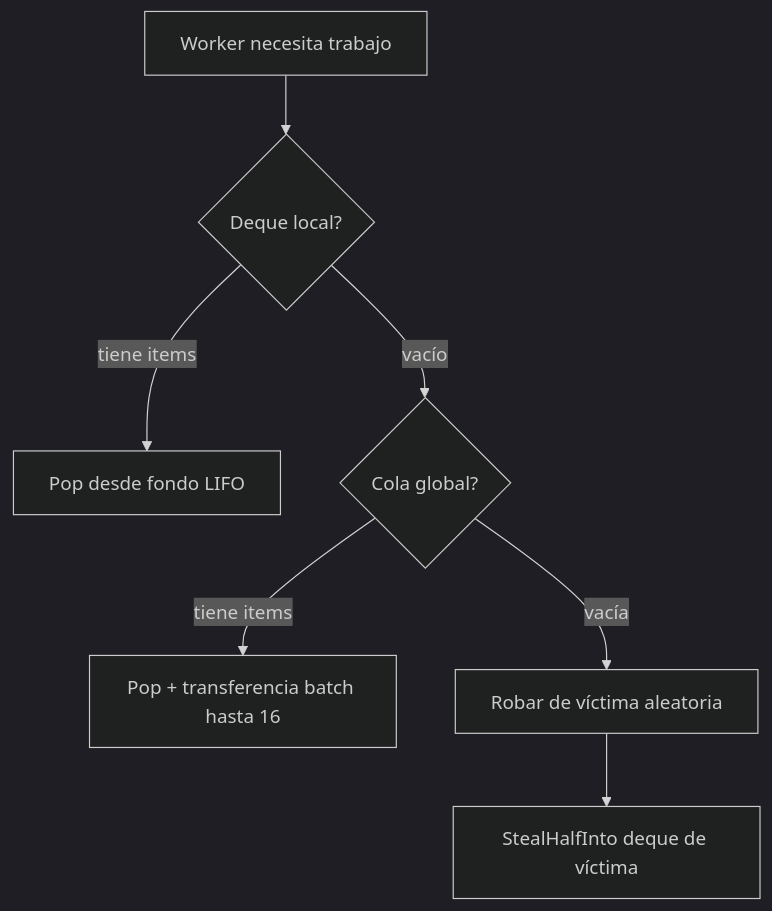
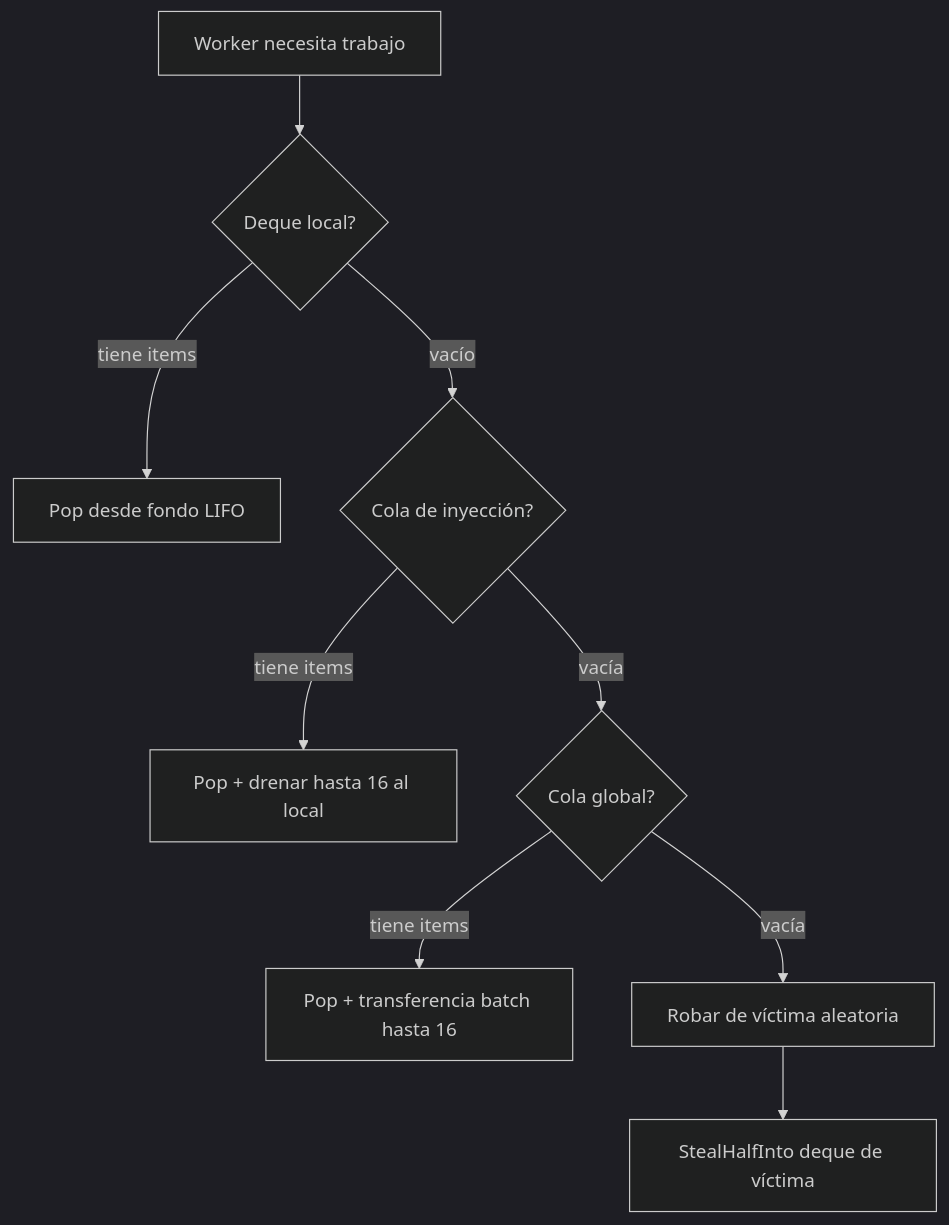
One commit to wippyai/docs changed the first of 2 diagrams in es/internals/scheduler.md. Above: the diagram before and after it, drawn with Mermaid (dark theme). The commit also changed other lines of this file and 1108 other files, not shown here.

````diff
--- a/es/internals/scheduler.md
+++ b/es/internals/scheduler.md
@@ -47,9 +47,11 @@
 ```mermaid
 flowchart TD
     W[Worker necesita trabajo] --> L{Deque local?}
     L -->|tiene items| LP[Pop desde fondo LIFO]
-    L -->|vacío| G{Cola global?}
+    L -->|vacío| I{Cola de inyección?}
+    I -->|tiene items| IP[Pop + drenar hasta 16 al local]
+    I -->|vacía| G{Cola global?}
     G -->|tiene items| GP[Pop + transferencia batch hasta 16]
     G -->|vacía| S[Robar de víctima aleatoria]
     S --> SH[StealHalfInto deque de víctima]
 ```
````
